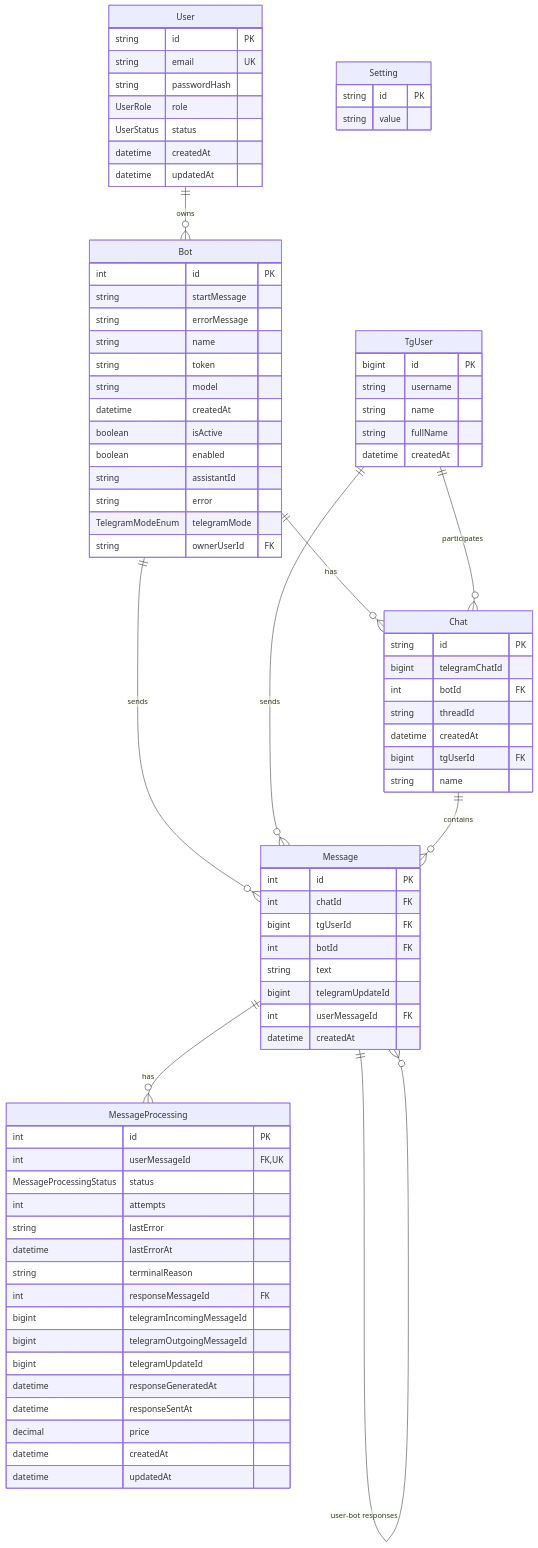
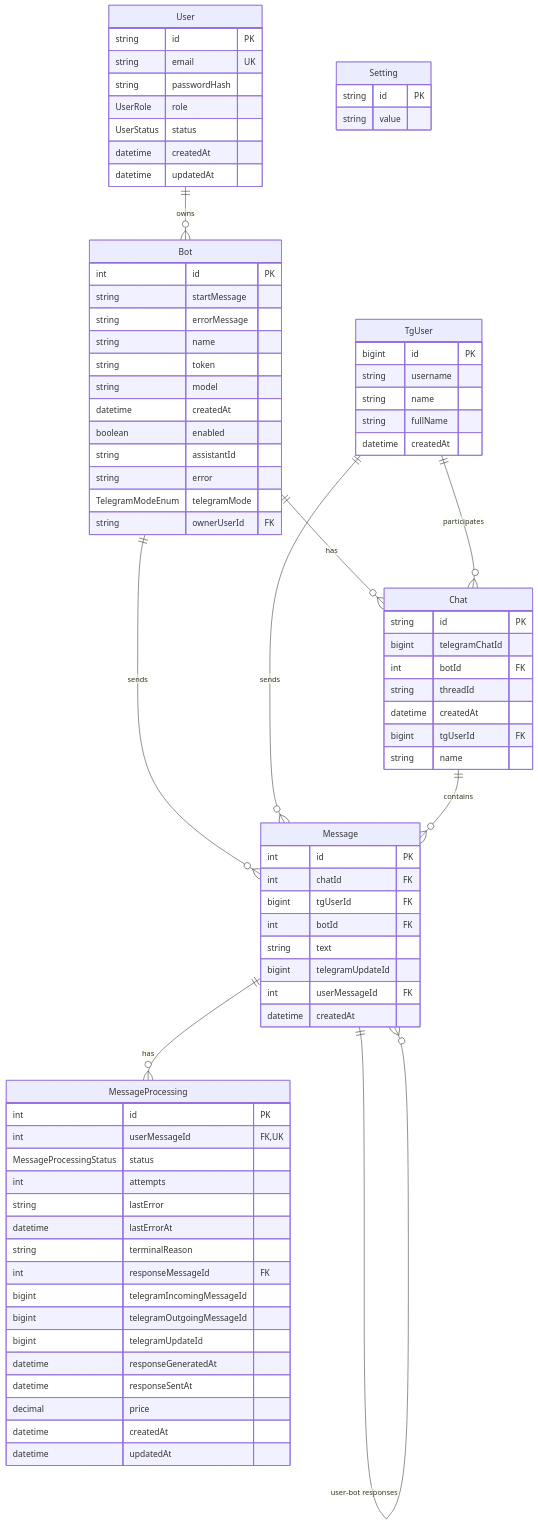
One commit to maxsnz/kotodom-gpt changed the fifth of 8 diagrams in architecture-diagrams.md. Above: the diagram before and after it, drawn with Mermaid. The commit also changed other lines of this file and 12 other files, not shown here.

```diff
--- a/architecture-diagrams.md
+++ b/architecture-diagrams.md
@@ -199,7 +199,6 @@
         string token
         string model
         datetime createdAt
-        boolean isActive
         boolean enabled
         string assistantId
         string error
```
